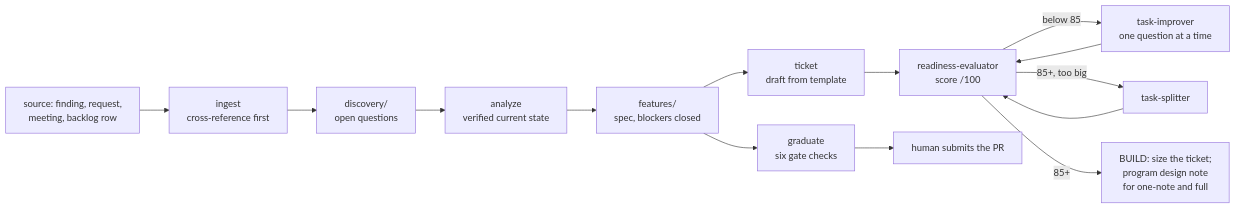
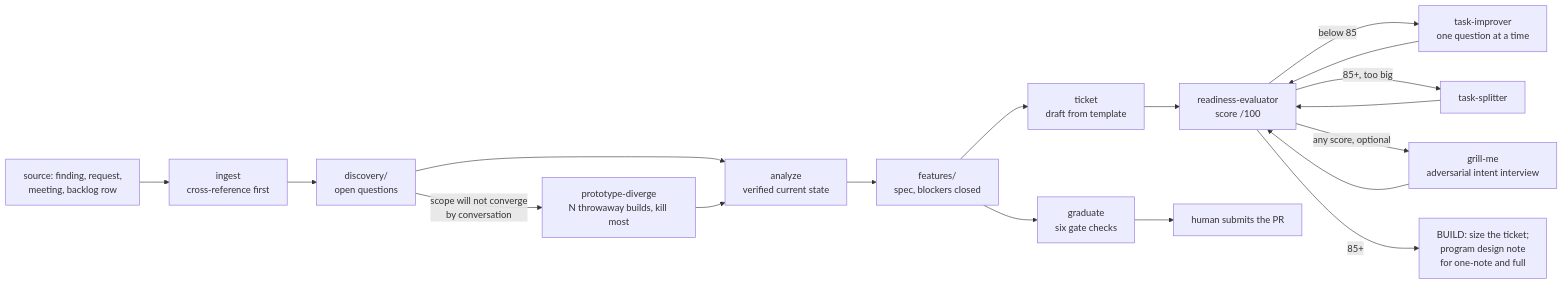
The diagram in docs/14-pm-surface.md (siimvene/software-factory), drawn with Mermaid before and after one commit. The commit also changed other lines of this file and 1 other file, not shown here.

First line of the commit message:
docs(pm-surface): add prototype-diverge, grill-me

````diff
--- a/docs/14-pm-surface.md
+++ b/docs/14-pm-surface.md
@@ -301,16 +319,20 @@
 ```mermaid
 flowchart LR
     S["source: finding, request,<br/>meeting, backlog row"] --> I["ingest<br/>cross-reference first"]
     I --> D["discovery/<br/>open questions"]
     D --> A["analyze<br/>verified current state"]
+    D -->|"scope will not converge<br/>by conversation"| X["prototype-diverge<br/>N throwaway builds, kill most"]
+    X --> A
     A --> F["features/<br/>spec, blockers closed"]
     F --> T["ticket<br/>draft from template"]
     T --> R["readiness-evaluator<br/>score /100"]
     R -->|"below 85"| M["task-improver<br/>one question at a time"]
     M --> R
     R -->|"85+, too big"| P["task-splitter"]
     P --> R
+    R -->|"any score, optional"| GR["grill-me<br/>adversarial intent interview"]
+    GR --> R
     R -->|"85+"| B["BUILD: size the ticket;<br/>program design note<br/>for one-note and full"]
     F --> G["graduate<br/>six gate checks"]
     G --> H["human submits the PR"]
 ```
````
